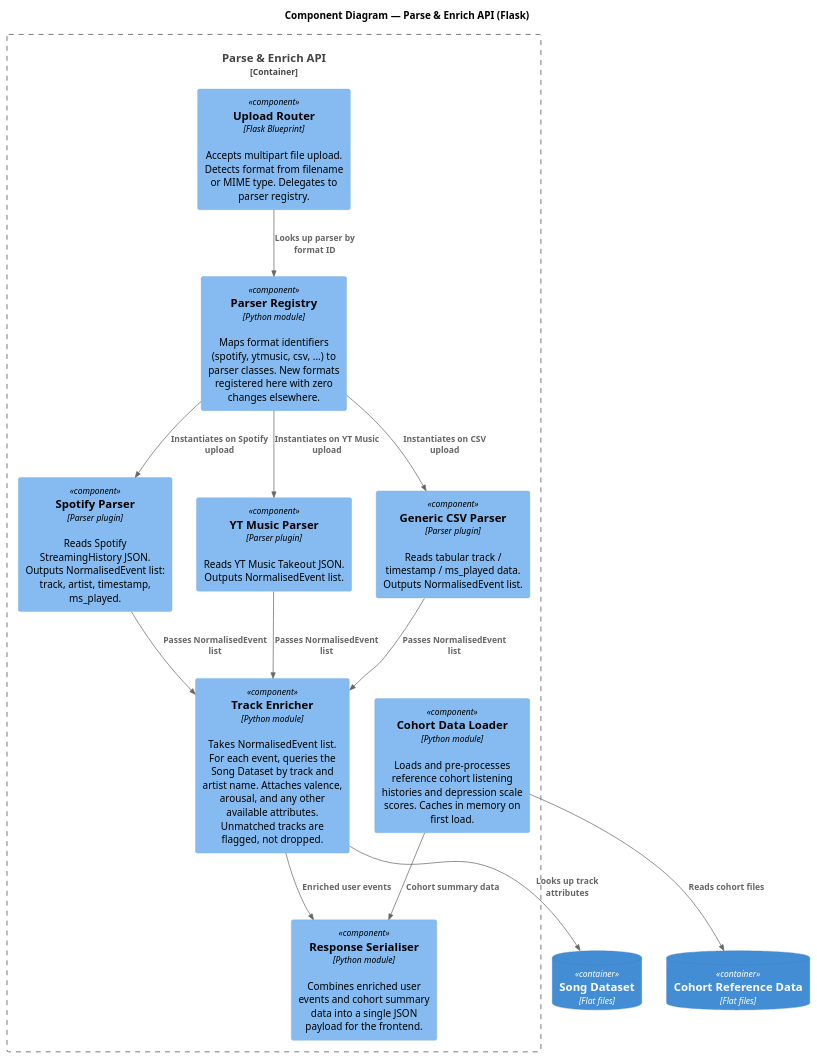
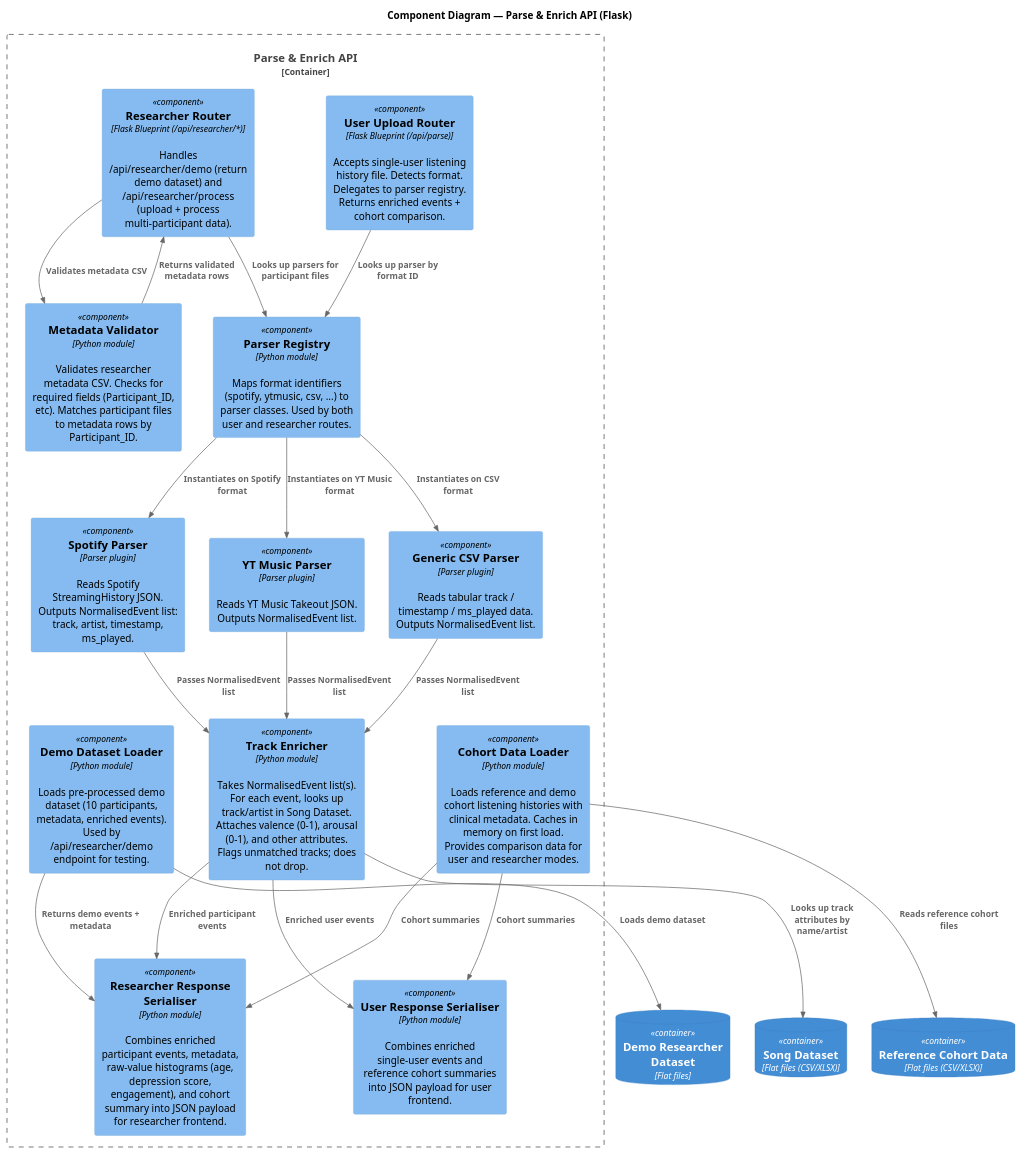
Before and after one commit to KJsquare9/Listening-History-App: the diagram in documentation/C4/puml code/Parse&Enrich.puml, drawn with PlantUML. The commit also changed 8 other files, not shown here.

```diff
--- a/documentation/C4/puml code/Parse&Enrich.puml
+++ b/documentation/C4/puml code/Parse&Enrich.puml
@@ -1,40 +1,61 @@
 @startuml C4_Component_API
 !include https://raw.githubusercontent.com/plantuml-stdlib/C4-PlantUML/master/C4_Component.puml
 
 title Component Diagram — Parse & Enrich API (Flask)
 
 Container_Boundary(api, "Parse & Enrich API") {
 
-    Component(router, "Upload Router", "Flask Blueprint", "Accepts multipart file upload. Detects format from filename or MIME type. Delegates to parser registry.")
+    Component(user_router, "User Upload Router", "Flask Blueprint (/api/parse)", "Accepts single-user listening history file. Detects format. Delegates to parser registry. Returns enriched events + cohort comparison.")
 
-    Component(registry, "Parser Registry", "Python module", "Maps format identifiers (spotify, ytmusic, csv, ...) to parser classes. New formats registered here with zero changes elsewhere.")
+    Component(researcher_router, "Researcher Router", "Flask Blueprint (/api/researcher/*)", "Handles /api/researcher/demo (return demo dataset) and /api/researcher/process (upload + process multi-participant data).")
+
+    Component(metadata_validator, "Metadata Validator", "Python module", "Validates researcher metadata CSV. Checks for required fields (Participant_ID, etc). Matches participant files to metadata rows by Participant_ID.")
+
+    Component(registry, "Parser Registry", "Python module", "Maps format identifiers (spotify, ytmusic, csv, ...) to parser classes. Used by both user and researcher routes.")
 
     Component(spotify_parser, "Spotify Parser", "Parser plugin", "Reads Spotify StreamingHistory JSON. Outputs NormalisedEvent list: track, artist, timestamp, ms_played.")
 
     Component(yt_parser, "YT Music Parser", "Parser plugin", "Reads YT Music Takeout JSON. Outputs NormalisedEvent list.")
 
     Component(csv_parser, "Generic CSV Parser", "Parser plugin", "Reads tabular track / timestamp / ms_played data. Outputs NormalisedEvent list.")
 
-    Component(enricher, "Track Enricher", "Python module", "Takes NormalisedEvent list. For each event, queries the Song Dataset by track and artist name. Attaches valence, arousal, and any other available attributes. Unmatched tracks are flagged, not dropped.")
+    Component(enricher, "Track Enricher", "Python module", "Takes NormalisedEvent list(s). For each event, looks up track/artist in Song Dataset. Attaches valence (0-1), arousal (0-1), and other attributes. Flags unmatched tracks; does not drop.")
 
-    Component(cohort_loader, "Cohort Data Loader", "Python module", "Loads and pre-processes reference cohort listening histories and depression scale scores. Caches in memory on first load.")
+    Component(cohort_loader, "Cohort Data Loader", "Python module", "Loads reference and demo cohort listening histories with clinical metadata. Caches in memory on first load. Provides comparison data for user and researcher modes.")
 
-    Component(serialiser, "Response Serialiser", "Python module", "Combines enriched user events and cohort summary data into a single JSON payload for the frontend.")
+    Component(demo_loader, "Demo Dataset Loader", "Python module", "Loads pre-processed demo dataset (10 participants, metadata, enriched events). Used by /api/researcher/demo endpoint for testing.")
+
+    Component(user_serialiser, "User Response Serialiser", "Python module", "Combines enriched single-user events and reference cohort summaries into JSON payload for user frontend.")
+
+    Component(researcher_serialiser, "Researcher Response Serialiser", "Python module", "Combines enriched participant events, metadata, raw-value histograms (age, depression score, engagement), and cohort summary into JSON payload for researcher frontend.")
 }
 
-ContainerDb(song_db, "Song Dataset", "Flat files")
-ContainerDb(refdata, "Cohort Reference Data", "Flat files")
+ContainerDb(song_db, "Song Dataset", "Flat files (CSV/XLSX)")
+ContainerDb(refdata, "Reference Cohort Data", "Flat files (CSV/XLSX)")
+ContainerDb(demo_data, "Demo Researcher Dataset", "Flat files")
 
-Rel(router, registry, "Looks up parser by format ID")
-Rel(registry, spotify_parser, "Instantiates on Spotify upload")
-Rel(registry, yt_parser, "Instantiates on YT Music upload")
-Rel(registry, csv_parser, "Instantiates on CSV upload")
+Rel(user_router, registry, "Looks up parser by format ID")
+Rel(researcher_router, metadata_validator, "Validates metadata CSV")
+Rel(researcher_router, registry, "Looks up parsers for participant files")
+Rel(metadata_validator, researcher_router, "Returns validated metadata rows")
+
+Rel(registry, spotify_parser, "Instantiates on Spotify format")
+Rel(registry, yt_parser, "Instantiates on YT Music format")
+Rel(registry, csv_parser, "Instantiates on CSV format")
+
 Rel(spotify_parser, enricher, "Passes NormalisedEvent list")
 Rel(yt_parser, enricher, "Passes NormalisedEvent list")
 Rel(csv_parser, enricher, "Passes NormalisedEvent list")
-Rel(enricher, song_db, "Looks up track attributes")
-Rel(cohort_loader, refdata, "Reads cohort files")
-Rel(enricher, serialiser, "Enriched user events")
-Rel(cohort_loader, serialiser, "Cohort summary data")
+
+Rel(enricher, song_db, "Looks up track attributes by name/artist")
+Rel(enricher, user_serialiser, "Enriched user events")
+Rel(enricher, researcher_serialiser, "Enriched participant events")
+
+Rel(cohort_loader, refdata, "Reads reference cohort files")
+Rel(cohort_loader, user_serialiser, "Cohort summaries")
+Rel(cohort_loader, researcher_serialiser, "Cohort summaries")
+
+Rel(demo_loader, demo_data, "Loads demo dataset")
+Rel(demo_loader, researcher_serialiser, "Returns demo events + metadata")
 
 @enduml
```
